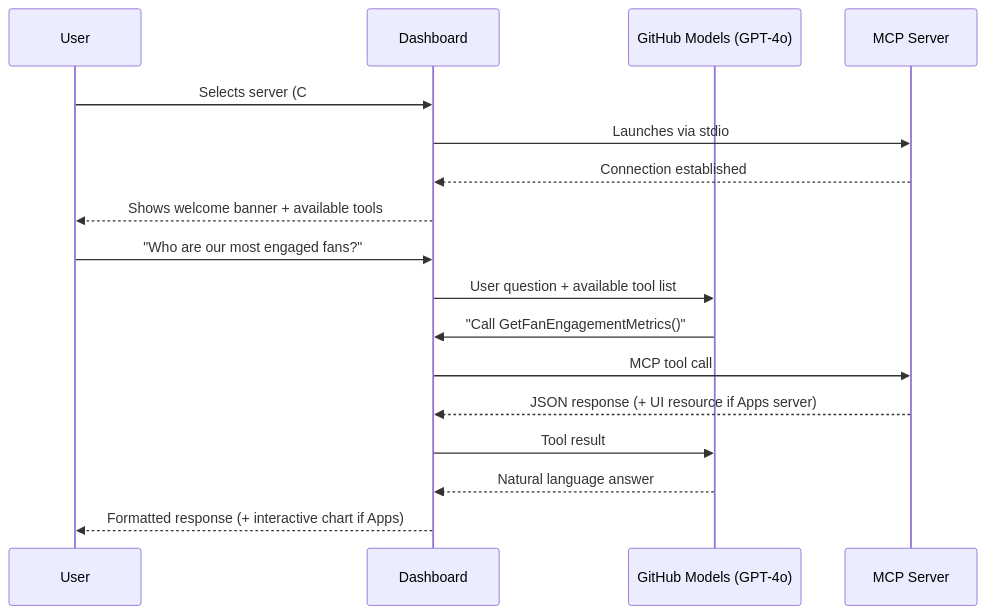
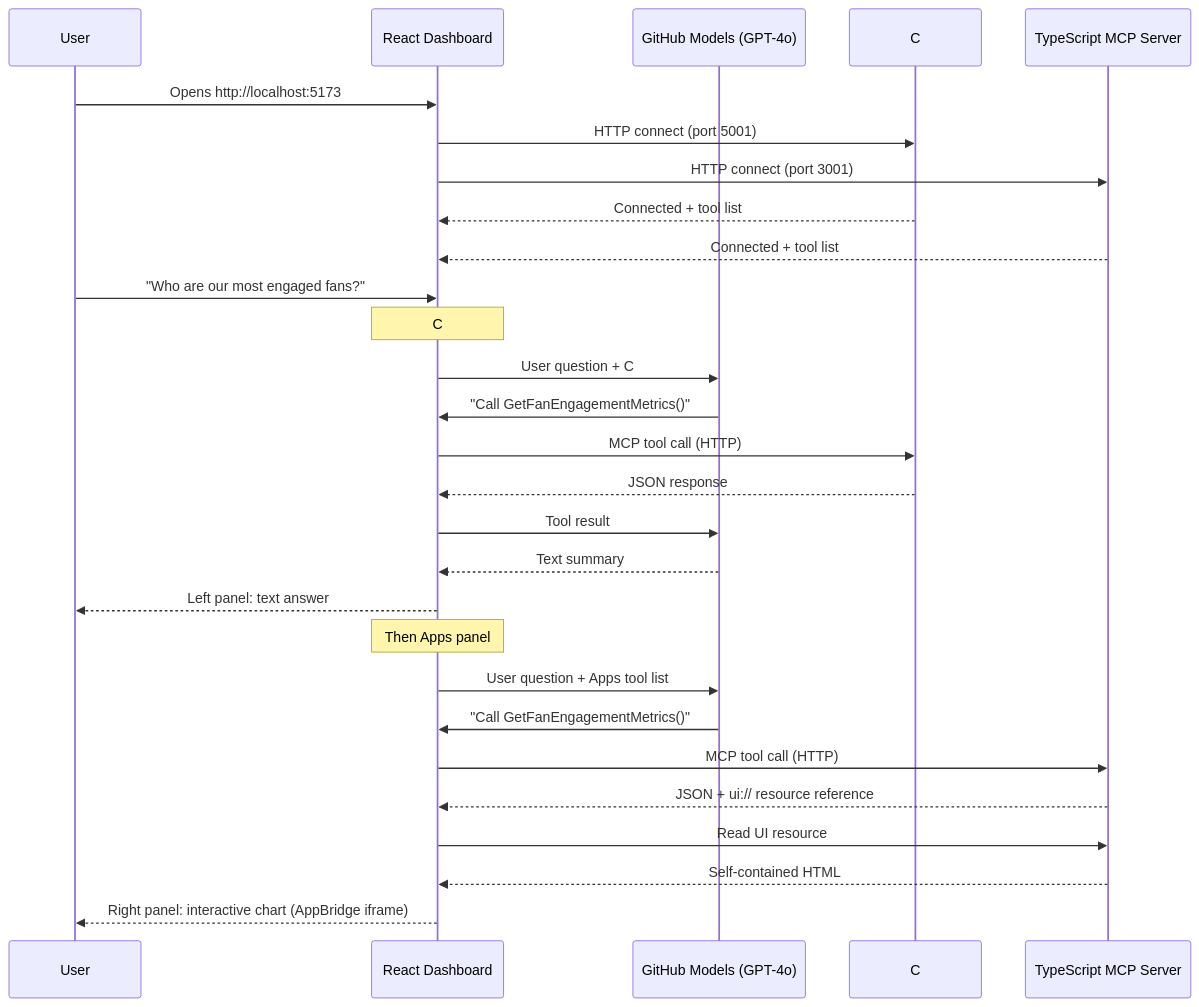
Before and after one commit to VeryKross/MCP-App_Sample: the fourth of 8 diagrams in FanPulseApps/doc/FanPulse-Architecture.md, drawn with Mermaid. The commit also changed other lines of this file and 47 other files, not shown here.

First line of the commit message:
Replace Blazor dashboard with React + AppBridge implementation

````diff
--- a/FanPulseApps/doc/FanPulse-Architecture.md
+++ b/FanPulseApps/doc/FanPulse-Architecture.md
@@ -134,21 +133,34 @@
 ```mermaid
 sequenceDiagram
     participant User
-    participant Dashboard
+    participant Dashboard as React Dashboard
     participant LLM as GitHub Models (GPT-4o)
-    participant Server as MCP Server
+    participant CS as C# MCP Server
+    participant TS as TypeScript MCP Server
 
-    User->>Dashboard: Selects server (C# or TypeScript)
-    Dashboard->>Server: Launches via stdio
-    Server-->>Dashboard: Connection established
-    Dashboard-->>User: Shows welcome banner + available tools
+    User->>Dashboard: Opens http://localhost:5173
+    Dashboard->>CS: HTTP connect (port 5001)
+    Dashboard->>TS: HTTP connect (port 3001)
+    CS-->>Dashboard: Connected + tool list
+    TS-->>Dashboard: Connected + tool list
 
     User->>Dashboard: "Who are our most engaged fans?"
-    Dashboard->>LLM: User question + available tool list
+
+    Note over Dashboard: C# panel first (avoid rate limits)
+    Dashboard->>LLM: User question + C# tool list
     LLM->>Dashboard: "Call GetFanEngagementMetrics()"
-    Dashboard->>Server: MCP tool call
-    Server-->>Dashboard: JSON response (+ UI resource if Apps server)
+    Dashboard->>CS: MCP tool call (HTTP)
+    CS-->>Dashboard: JSON response
     Dashboard->>LLM: Tool result
-    LLM-->>Dashboard: Natural language answer
-    Dashboard-->>User: Formatted response (+ interactive chart if Apps)
+    LLM-->>Dashboard: Text summary
+    Dashboard-->>User: Left panel: text answer
+
+    Note over Dashboard: Then Apps panel
+    Dashboard->>LLM: User question + Apps tool list
+    LLM->>Dashboard: "Call GetFanEngagementMetrics()"
+    Dashboard->>TS: MCP tool call (HTTP)
+    TS-->>Dashboard: JSON + ui:// resource reference
+    Dashboard->>TS: Read UI resource
+    TS-->>Dashboard: Self-contained HTML
+    Dashboard-->>User: Right panel: interactive chart (AppBridge iframe)
 ```
````
